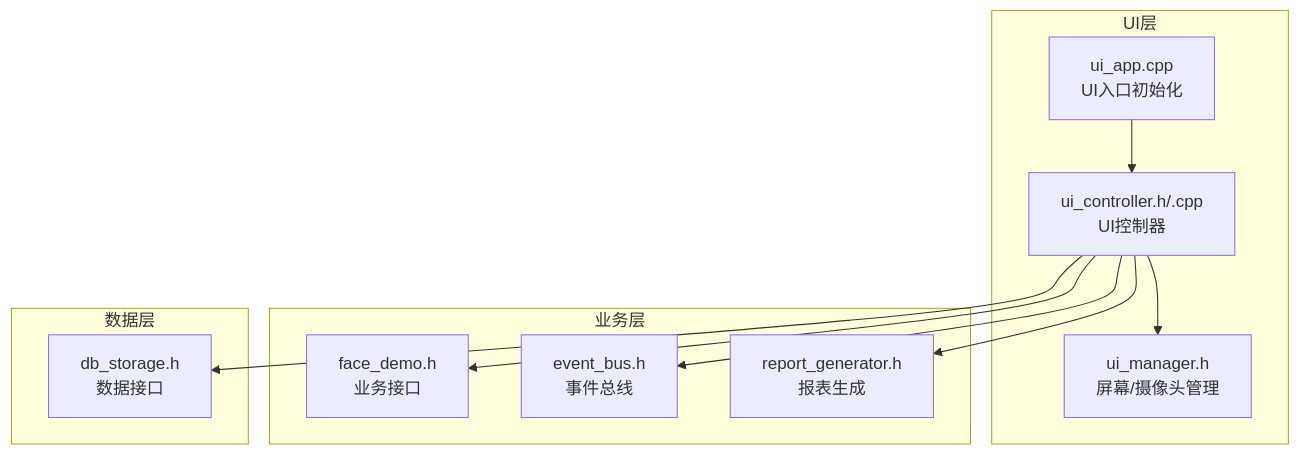
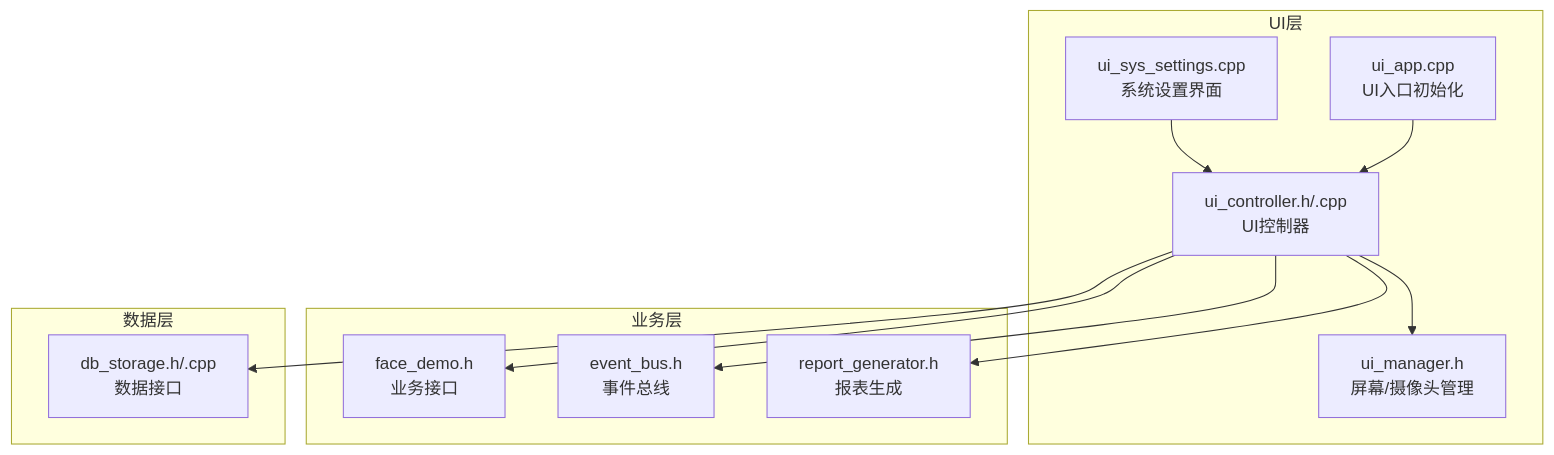
One commit to Drunk552/SmartAttendance changed the first of 3 diagrams in .qoder/repowiki/zh/content/API接口参考/UI层API接口.md. Above: the diagram before and after it, drawn with Mermaid. The commit also changed other lines of this file and 26 other files, not shown here.

````diff
--- a/.qoder/repowiki/zh/content/API接口参考/UI层API接口.md
+++ b/.qoder/repowiki/zh/content/API接口参考/UI层API接口.md
@@ -41,22 +46,24 @@
 ```mermaid
 graph TB
 subgraph "UI层"
 UIApp["ui_app.cpp<br/>UI入口初始化"]
 UIManager["ui_manager.h<br/>屏幕/摄像头管理"]
 UIController["ui_controller.h/.cpp<br/>UI控制器"]
+SystemSettings["ui_sys_settings.cpp<br/>系统设置界面"]
 end
 subgraph "业务层"
 FaceDemo["face_demo.h<br/>业务接口"]
 EventBus["event_bus.h<br/>事件总线"]
 ReportGen["report_generator.h<br/>报表生成"]
 end
 subgraph "数据层"
-DB["db_storage.h<br/>数据接口"]
+DB["db_storage.h/.cpp<br/>数据接口"]
 end
 UIApp --> UIController
 UIController --> UIManager
 UIController --> EventBus
 UIController --> FaceDemo
 UIController --> ReportGen
 UIController --> DB
+SystemSettings --> UIController
 ```
````
